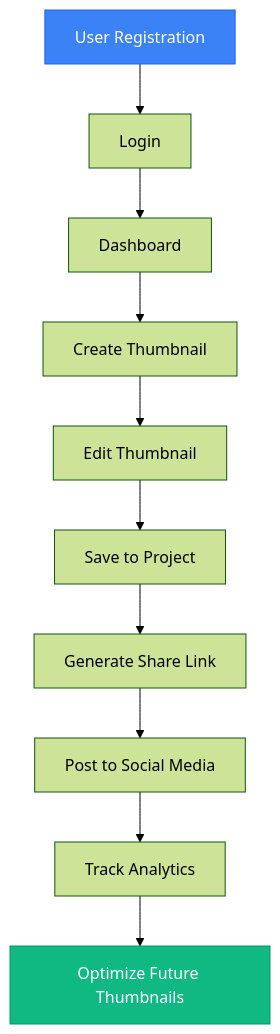
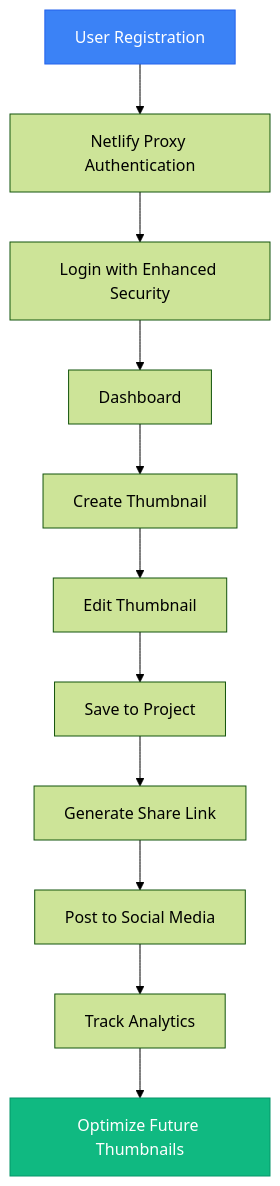
Before and after one commit to Brimstow/ThumPiks: the third of 6 diagrams in .qoder/repowiki/en/content/System Overview.md, drawn with Mermaid (forest theme). The commit also changed other lines of this file and 900 other files, not shown here.

````diff
--- a/.qoder/repowiki/en/content/System Overview.md
+++ b/.qoder/repowiki/en/content/System Overview.md
@@ -167,14 +254,15 @@
 ```mermaid
 flowchart TD
-A[User Registration] --> B[Login]
-B --> C[Dashboard]
-C --> D[Create Thumbnail]
-D --> E[Edit Thumbnail]
-E --> F[Save to Project]
-F --> G[Generate Share Link]
-G --> H[Post to Social Media]
-H --> I[Track Analytics]
-I --> J[Optimize Future Thumbnails]
+A[User Registration] --> B[Netlify Proxy Authentication]
+B --> C[Login with Enhanced Security]
+C --> D[Dashboard]
+D --> E[Create Thumbnail]
+E --> F[Edit Thumbnail]
+F --> G[Save to Project]
+G --> H[Generate Share Link]
+H --> I[Post to Social Media]
+I --> J[Track Analytics]
+J --> K[Optimize Future Thumbnails]
 style A fill:#3B82F6,stroke:#2563EB,color:white
-style J fill:#10B981,stroke:#059669,color:white
+style K fill:#10B981,stroke:#059669,color:white
 ```
````
